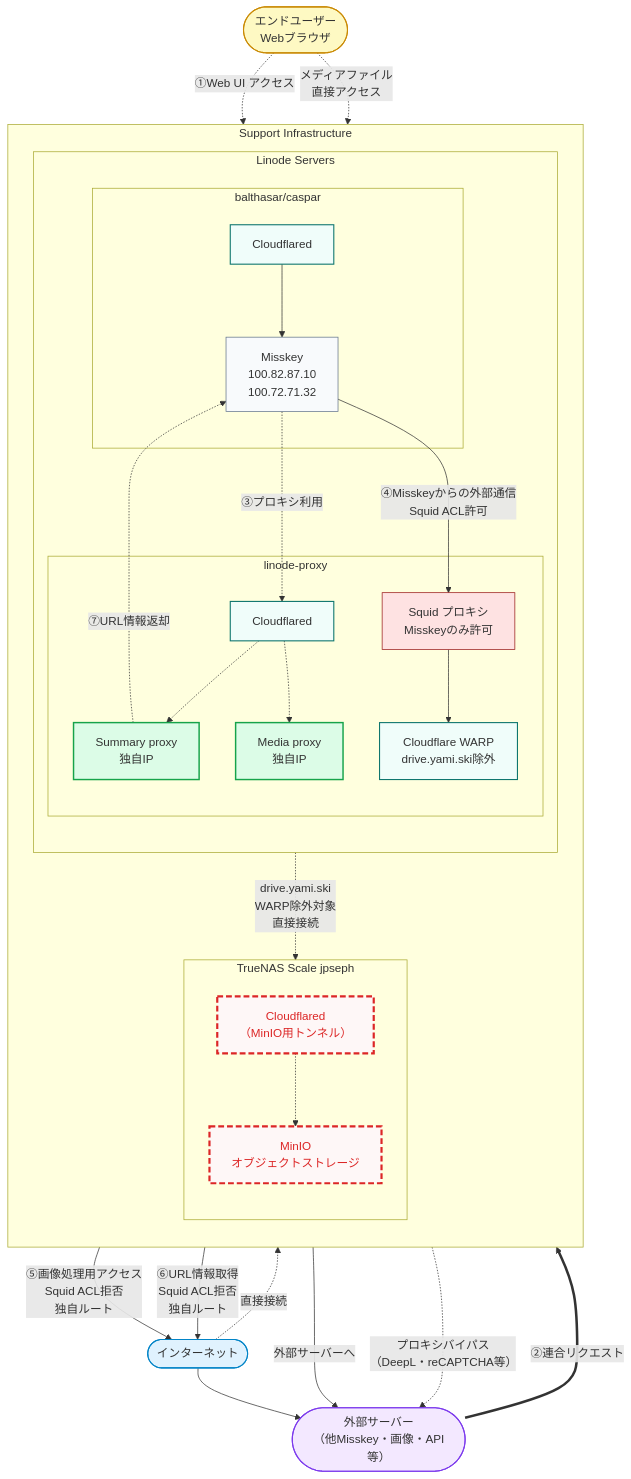
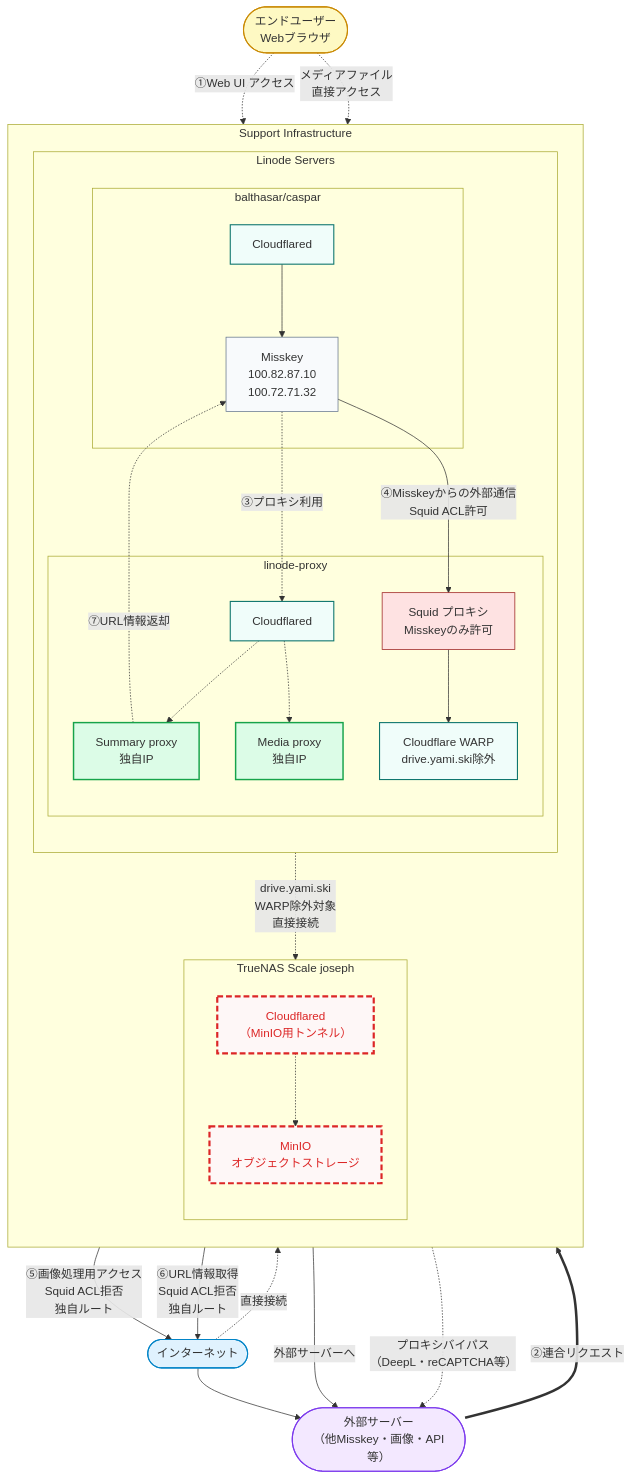
The fifth of 5 diagrams in README.md (yamisskey-dev/hosted-list), drawn with Mermaid before and after one commit.

````diff
--- a/README.md
+++ b/README.md
@@ -444,80 +444,80 @@
 ```mermaid
 graph TB
 classDef homeServer fill:#e2e8f0,stroke:#334155,stroke-width:2px
 classDef service fill:#f8fafc,stroke:#64748b,stroke-width:1px
 classDef security fill:#fee2e2,stroke:#991b1b,stroke-width:1px
 classDef cloudflare fill:#f0fdfa,stroke:#0f766e,stroke-width:1.5px
 classDef internet fill:#e0f2fe,stroke:#0284c7,stroke-width:1.5px
 classDef user fill:#fef9c3,stroke:#ca8a04,stroke-width:1.5px
 classDef federation fill:#f3e8ff,stroke:#7c3aed,stroke-width:1.5px
 classDef excludeHome fill:#fef7f7,stroke:#dc2626,stroke-width:3px,stroke-dasharray: 8 4,color:#dc2626
 classDef direct fill:#dcfce7,stroke:#16a34a,stroke-width:2px
 
 %% External actors
 enduser([エンドユーザー<br/>Webブラウザ]):::user
 external_servers([外部サーバー<br/>（他Misskey・画像・API等）]):::federation
 internet([インターネット]):::internet
 
 subgraph support[Support Infrastructure]
     direction TB
     
     subgraph linode[Linode Servers]
         direction TB
         subgraph proxy[linode-proxy]
             summaryproxy[Summary proxy<br/>独自IP]:::direct
             mediaproxy[Media proxy<br/>独自IP]:::direct
             squid[Squid プロキシ<br/>Misskeyのみ許可]:::security
             warp[Cloudflare WARP<br/>drive.yami.ski除外]:::cloudflare
             cloudflared_p[Cloudflared]:::cloudflare
         end
         
         subgraph balthasar_caspar[balthasar/caspar]
             yamisskey[Misskey<br/>100.82.87.10<br/>100.72.71.32]:::service
             cloudflared_bc[Cloudflared]:::cloudflare
         end
     end
     
-    subgraph truenas[TrueNAS Scale jpseph]
+    subgraph truenas[TrueNAS Scale joseph]
         direction TB
         minio[MinIO<br/>オブジェクトストレージ]:::excludeHome
         cloudflared_home[Cloudflared<br/>（MinIO用トンネル）]:::excludeHome
     end
 end
 
 %% エンドユーザーのアクセス経路
 enduser -.->|"①Web UI アクセス"| cloudflared_bc
 cloudflared_bc --> yamisskey
 
 %% 外部サーバーからの連合リクエスト
 external_servers ==>|"②連合リクエスト"| cloudflared_bc
 
 %% Misskeyサーバーからプロキシへの内部リクエスト
 yamisskey -.->|"③プロキシ利用"| cloudflared_p
 cloudflared_p -.-> summaryproxy
 cloudflared_p -.-> mediaproxy
 
 %% === Misskeyのみ Squid経由（ACL制限あり） ===
 yamisskey -->|"④Misskeyからの外部通信<br/>Squid ACL許可"| squid
 squid --> warp
 
 %% WARPからの分岐
 warp -->|"外部サーバーへ"| external_servers
 warp -.->|"drive.yami.ski<br/>WARP除外対象<br/>直接接続"| cloudflared_home
 cloudflared_home -.-> minio
 
 %% === MediaProxy・SummaryProxyは独自ルート ===
 mediaproxy -->|"⑤画像処理用アクセス<br/>Squid ACL拒否<br/>独自ルート"| internet
 summaryproxy -->|"⑥URL情報取得<br/>Squid ACL拒否<br/>独自ルート"| internet
 
 internet --> external_servers
 internet -.->|"直接接続"| cloudflared_home
 
 %% プロキシバイパス対象（DeepL等）
 yamisskey -.->|"プロキシバイパス<br/>（DeepL・reCAPTCHA等）"| external_servers
 
 %% サマリープロキシからMisskeyへの情報返却
 summaryproxy -.->|"⑦URL情報返却"| yamisskey
 
 %% エンドユーザーからのメディアアクセス
 enduser -.->|"メディアファイル<br/>直接アクセス"| cloudflared_home
 ```
````
